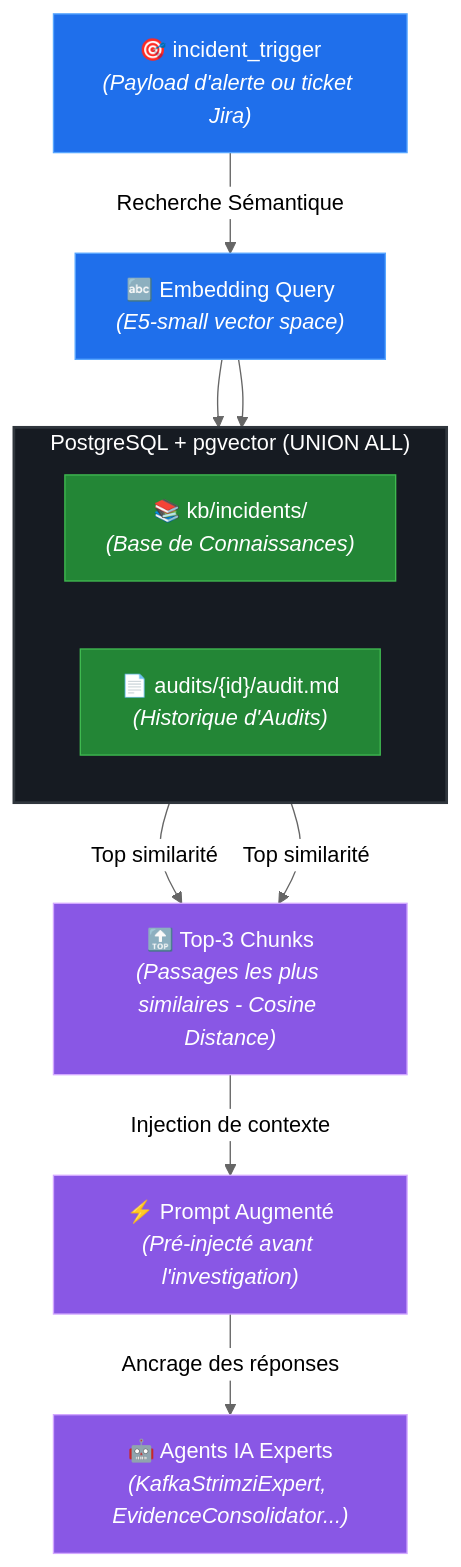
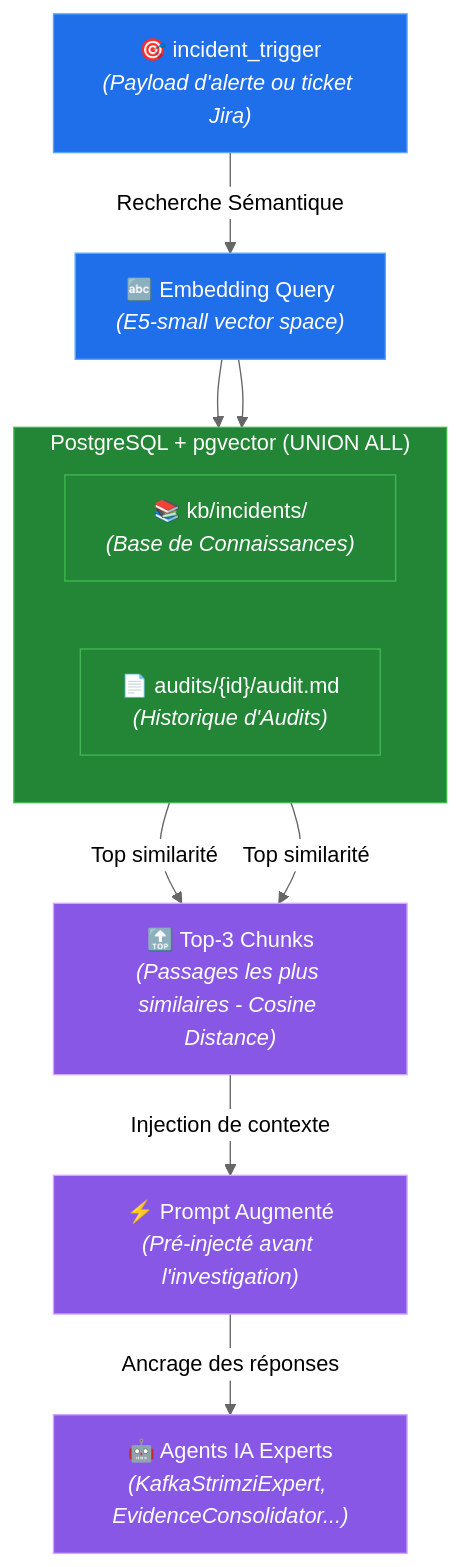
Before and after one commit to arabaaoui/kafka-agentic-platform: the fifth of 6 diagrams in README.md, drawn with Mermaid (neutral theme). The commit also changed other lines of this file and 73 other files, not shown here.

Commit message:
chore: unify README diagram styles and anonymize codebase for open-source

````diff
--- a/README.md
+++ b/README.md
@@ -224,34 +232,32 @@
 ```mermaid
 flowchart TD
     %% Node definitions
     TR["🎯 incident_trigger<br><i>(Payload d'alerte ou ticket Jira)</i>"]
     EMB["🔤 Embedding Query<br><i>(E5-small vector space)</i>"]
     
     subgraph DB["PostgreSQL + pgvector (UNION ALL)"]
         direction LR
         KB["📚 kb/incidents/<br><i>(Base de Connaissances)</i>"]
         AUD["📄 audits/{id}/audit.md<br><i>(Historique d'Audits)</i>"]
     end
     
     TOP["🔝 Top-3 Chunks<br><i>(Passages les plus similaires - Cosine Distance)</i>"]
     PROMPT["⚡ Prompt Augmenté<br><i>(Pré-injecté avant l'investigation)</i>"]
     AGENTS["🤖 Agents IA Experts<br><i>(KafkaStrimziExpert, EvidenceConsolidator...)</i>"]
 
     %% Connections
     TR -->|Recherche Sémantique| EMB
     EMB --> KB & AUD
     KB & AUD -->|Top similarité| TOP
     TOP -->|Injection de contexte| PROMPT
     PROMPT -->|Ancrage des réponses| AGENTS
 
     %% Styling
-    classDef main fill:#1f6feb,stroke:#58a6ff,stroke-width:1px,color:#fff;
-    classDef sub fill:#161b22,stroke:#30363d,stroke-width:2px,color:#fff;
-    classDef db fill:#238636,stroke:#3fb950,stroke-width:1px,color:#fff;
-    classDef out fill:#8957e5,stroke:#d2a8ff,stroke-width:1px,color:#fff;
+    classDef blueNode fill:#1f6feb,stroke:#58a6ff,stroke-width:1px,color:#fff;
+    classDef greenNode fill:#238636,stroke:#3fb950,stroke-width:1px,color:#fff;
+    classDef purpleNode fill:#8957e5,stroke:#d2a8ff,stroke-width:1px,color:#fff;
     
-    class TR,EMB main;
-    class DB sub;
-    class KB,AUD db;
-    class TOP,PROMPT,AGENTS out;
+    class TR,EMB blueNode;
+    class KB,AUD,DB greenNode;
+    class TOP,PROMPT,AGENTS purpleNode;
 ```
````
